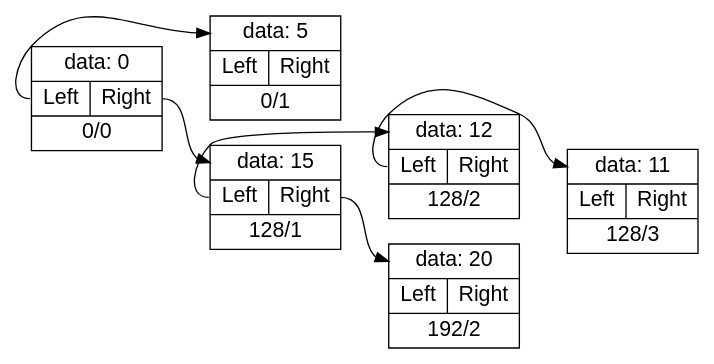
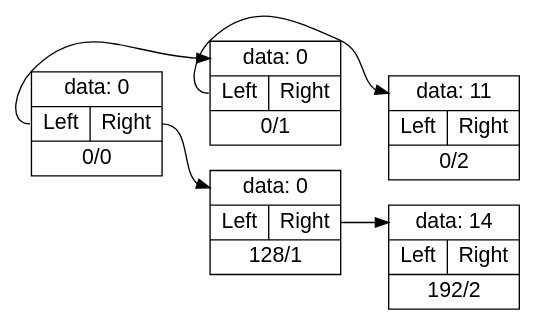
Before and after one commit to xmickos/Akinator: the diagram in my_dotcode.dot, drawn with Graphviz. The commit also changed 5 other files, not shown here.

```diff
--- a/my_dotcode.dot
+++ b/my_dotcode.dot
@@ -1,57 +1,50 @@
 digraph g {
 fontname="Helvetica,Arial,sans-serif"
 node [fontname="Helvetica,Arial,sans-serif"]
 edge [fontname="Helvetica,Arial,sans-serif"]
 
 graph [
 	rankdir = "LR"
 ];
 
 node [
 	fontsize = "16"
 	shape = "ellipse"
 ];
 
 edge [ ];
 
 "0/0"[
 	label = "<f0> data: 0| {<f1> Left| <f2> Right} | <f3> 0/0"
 	shape = "record"
 ];
 
 "0/1"[
-	label = "<f0> data: 5| {<f1> Left| <f2> Right} | <f3> 0/1"
+	label = "<f0> data: 0| {<f1> Left| <f2> Right} | <f3> 0/1"
 	shape = "record"
 ];
 
 "0/0":f1 -> "0/1":f0
 
 "128/1"[
-	label = "<f0> data: 15| {<f1> Left| <f2> Right} | <f3> 128/1"
+	label = "<f0> data: 0| {<f1> Left| <f2> Right} | <f3> 128/1"
 	shape = "record"
 ];
 
 "0/0":f2 -> "128/1":f0
 
-"128/2"[
-	label = "<f0> data: 12| {<f1> Left| <f2> Right} | <f3> 128/2"
+"0/2"[
+	label = "<f0> data: 11| {<f1> Left| <f2> Right} | <f3> 0/2"
 	shape = "record"
 ];
 
-"128/1":f1 -> "128/2":f0
+"0/1":f1 -> "0/2":f0
 
 "192/2"[
-	label = "<f0> data: 20| {<f1> Left| <f2> Right} | <f3> 192/2"
+	label = "<f0> data: 14| {<f1> Left| <f2> Right} | <f3> 192/2"
 	shape = "record"
 ];
 
 "128/1":f2 -> "192/2":f0
 
-"128/3"[
-	label = "<f0> data: 11| {<f1> Left| <f2> Right} | <f3> 128/3"
-	shape = "record"
-];
-
-"128/2":f1 -> "128/3":f0
-
 }
```
